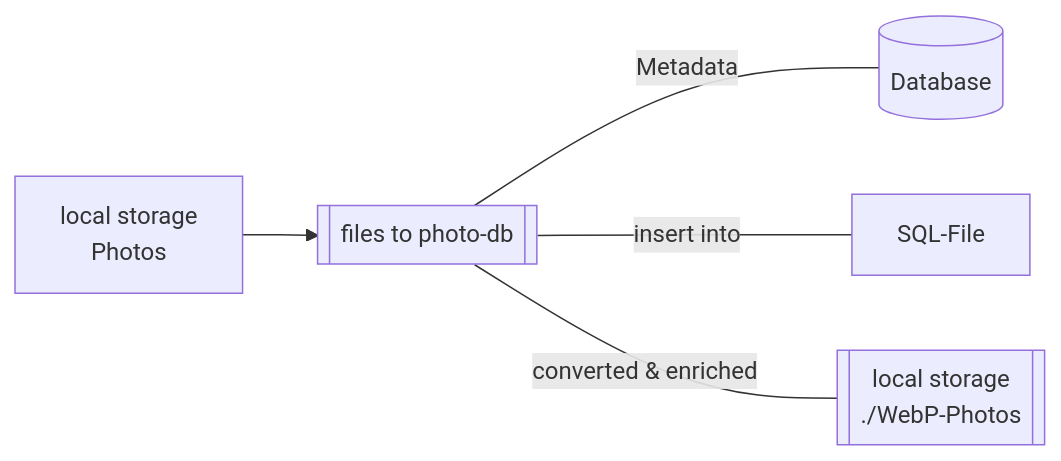
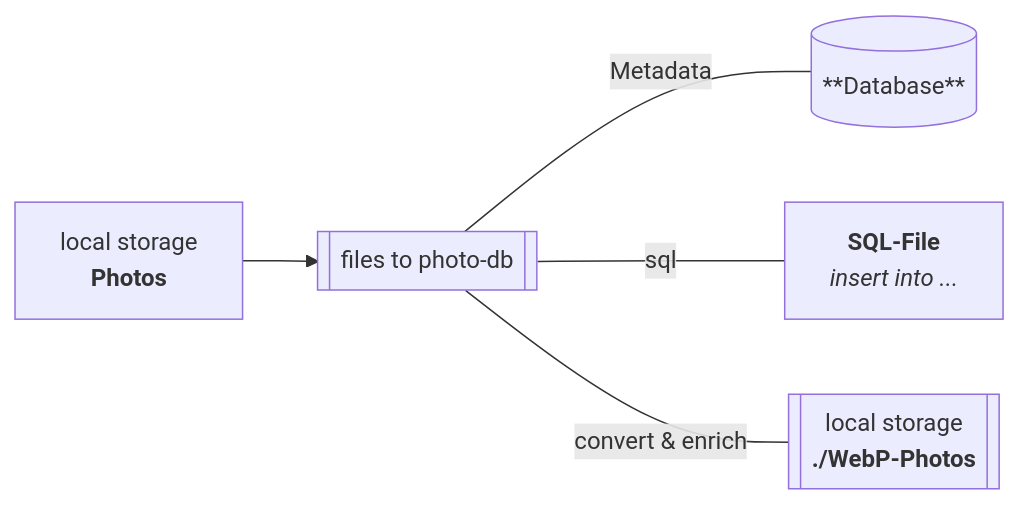
The fifth of 6 diagrams in README.md (Zheng-Bote/qt_files_photo-gallery), drawn with Mermaid before and after one commit. The commit also changed other lines of this file, not shown here.

Commit message:
upd: Mermaid

````diff
--- a/README.md
+++ b/README.md
@@ -424,9 +428,10 @@
 ```mermaid
 flowchart LR;
   A["`local storage
-  Photos`"] --> B[[files to photo-db]]
-  B-- Metadata ---C[(Database)]
-  B-- "insert into" ---D[SQL-File]
-  B-- "converted & enriched" ---S[["`local storage
-  ./WebP-Photos`"]]
+  **Photos**`"] --> B[[files to photo-db]]
+  B-- Metadata ---C[(**Database**)]
+  B-- "sql" ---D["`**SQL-File**
+  _insert into ..._`"]
+  B-- "convert & enrich" ---S[["`local storage
+  **./WebP-Photos**`"]]
 ```
````
